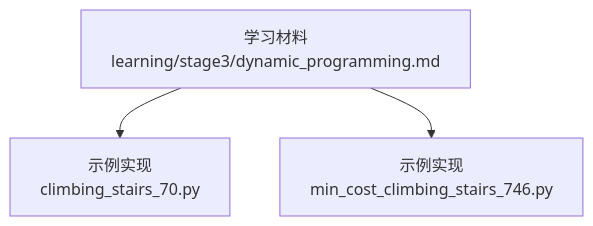
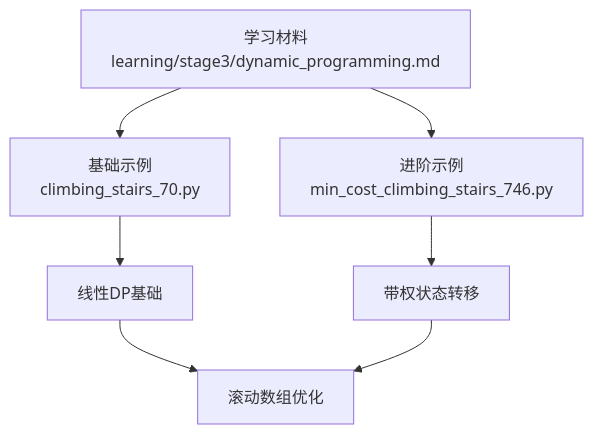
Before and after one commit to jameingh/x-leetcode: the first of 4 diagrams in .qoder/repowiki/zh/content/学习路径指南/第三阶段：高级算法学习指南/动态规划学习指南.md, drawn with Mermaid. The commit also changed other lines of this file and 27 other files, not shown here.

````diff
--- a/.qoder/repowiki/zh/content/学习路径指南/第三阶段：高级算法学习指南/动态规划学习指南.md
+++ b/.qoder/repowiki/zh/content/学习路径指南/第三阶段：高级算法学习指南/动态规划学习指南.md
@@ -30,5 +36,9 @@
 ```mermaid
 graph TB
-A["学习材料<br/>learning/stage3/dynamic_programming.md"] --> B["示例实现<br/>climbing_stairs_70.py"]
-A --> C["示例实现<br/>min_cost_climbing_stairs_746.py"]
+A["学习材料<br/>learning/stage3/dynamic_programming.md"] --> B["基础示例<br/>climbing_stairs_70.py"]
+A --> C["进阶示例<br/>min_cost_climbing_stairs_746.py"]
+B --> D["线性DP基础"]
+C --> E["带权状态转移"]
+D --> F["滚动数组优化"]
+E --> F
 ```
````
